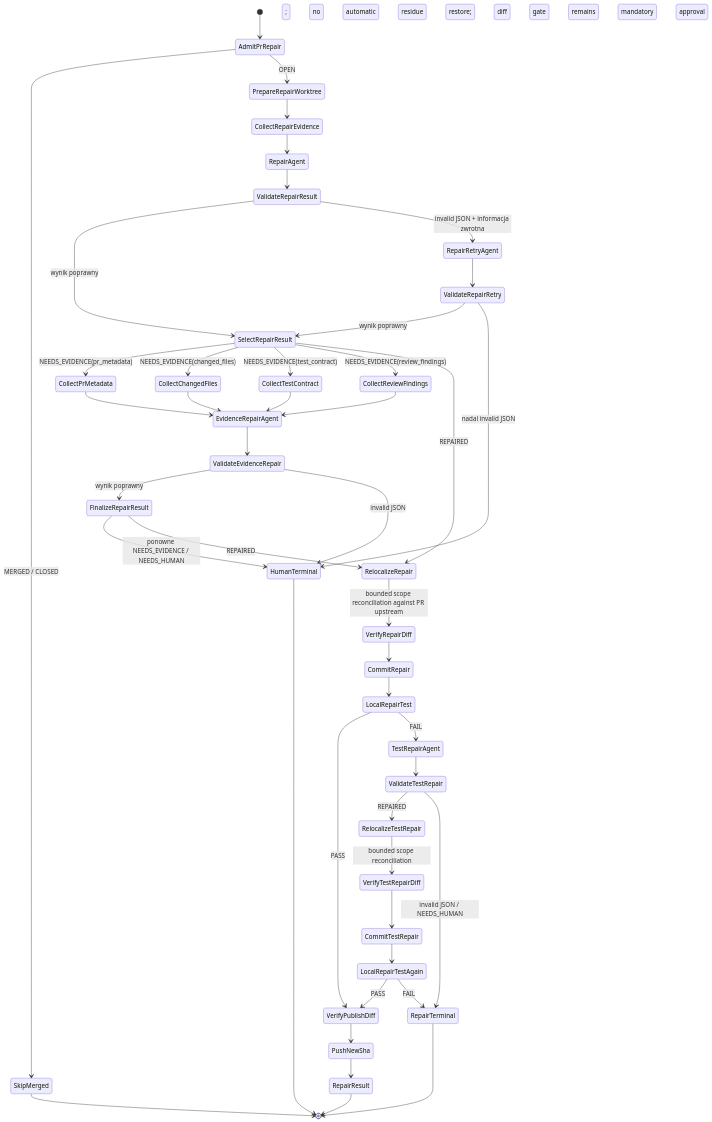
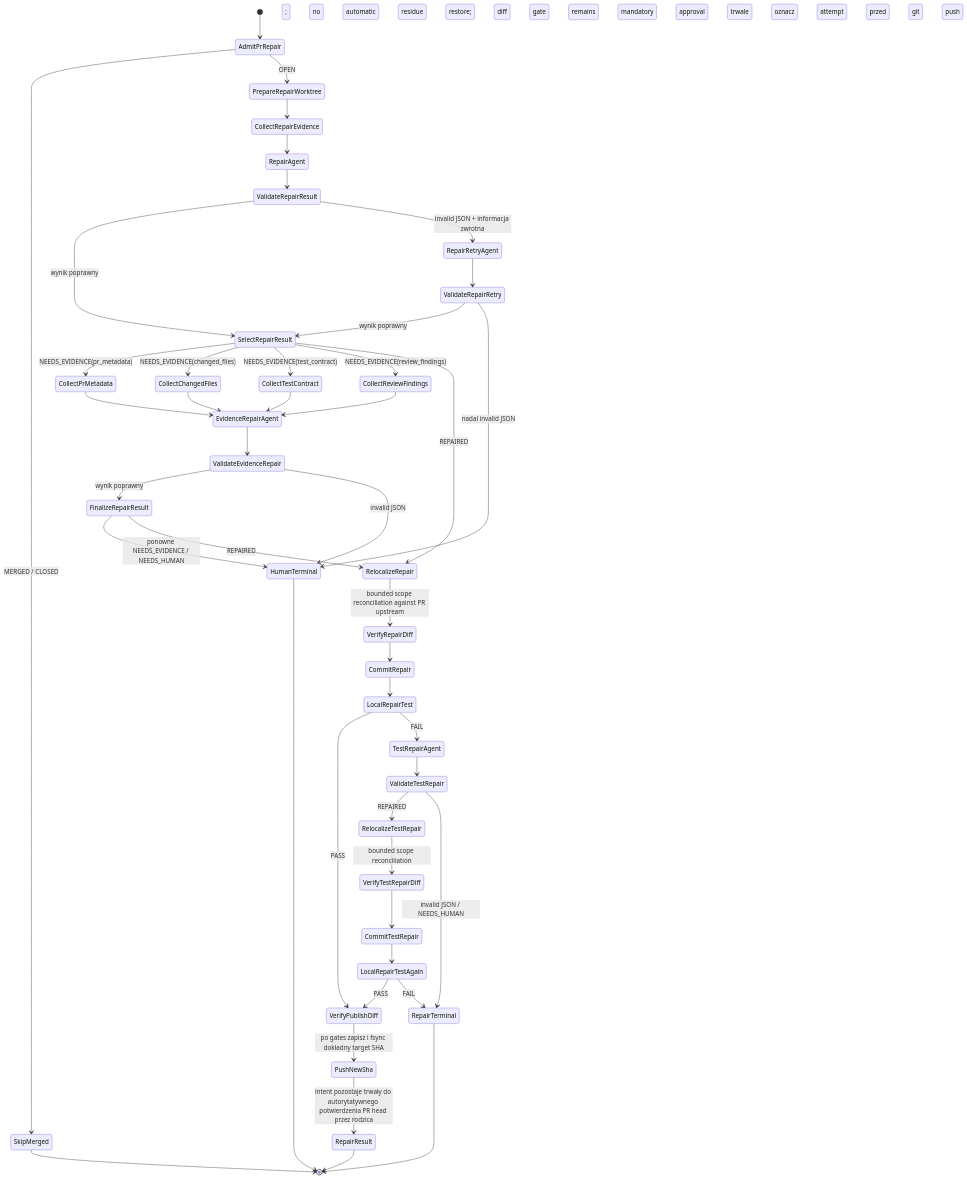
Before and after one commit to mikolaj92/lokay: diagram 44 of 45 in README.md, drawn with Mermaid. The commit also changed other lines of this file and 108 other files, not shown here.

Commit message:
Add isolated OpenCodeReview PR review flow

````diff
--- a/README.md
+++ b/README.md
@@ -1418,47 +1442,47 @@
 ```mermaid
 stateDiagram-v2
     [*] --> AdmitPrRepair
     AdmitPrRepair --> SkipMerged: MERGED / CLOSED
     SkipMerged --> [*]
     AdmitPrRepair --> PrepareRepairWorktree: OPEN
     PrepareRepairWorktree --> CollectRepairEvidence
     CollectRepairEvidence --> RepairAgent
     RepairAgent --> ValidateRepairResult
     ValidateRepairResult --> SelectRepairResult: wynik poprawny
     ValidateRepairResult --> RepairRetryAgent: invalid JSON + informacja zwrotna
     RepairRetryAgent --> ValidateRepairRetry
     ValidateRepairRetry --> SelectRepairResult: wynik poprawny
     ValidateRepairRetry --> HumanTerminal: nadal invalid JSON
     SelectRepairResult --> CollectPrMetadata: NEEDS_EVIDENCE(pr_metadata)
     SelectRepairResult --> CollectChangedFiles: NEEDS_EVIDENCE(changed_files)
     SelectRepairResult --> CollectTestContract: NEEDS_EVIDENCE(test_contract)
     SelectRepairResult --> CollectReviewFindings: NEEDS_EVIDENCE(review_findings)
     CollectPrMetadata --> EvidenceRepairAgent
     CollectChangedFiles --> EvidenceRepairAgent
     CollectTestContract --> EvidenceRepairAgent
     CollectReviewFindings --> EvidenceRepairAgent
     EvidenceRepairAgent --> ValidateEvidenceRepair
     ValidateEvidenceRepair --> FinalizeRepairResult: wynik poprawny
     ValidateEvidenceRepair --> HumanTerminal: invalid JSON
     FinalizeRepairResult --> HumanTerminal: ponowne NEEDS_EVIDENCE / NEEDS_HUMAN
     SelectRepairResult --> RelocalizeRepair: REPAIRED
     FinalizeRepairResult --> RelocalizeRepair: REPAIRED
     RelocalizeRepair --> VerifyRepairDiff: bounded scope reconciliation against PR upstream; no automatic residue restore; diff gate remains mandatory
     VerifyRepairDiff --> CommitRepair
     CommitRepair --> LocalRepairTest
     LocalRepairTest --> VerifyPublishDiff: PASS
     LocalRepairTest --> TestRepairAgent: FAIL
     TestRepairAgent --> ValidateTestRepair
     ValidateTestRepair --> RelocalizeTestRepair: REPAIRED
     RelocalizeTestRepair --> VerifyTestRepairDiff: bounded scope reconciliation; no automatic approval
     ValidateTestRepair --> RepairTerminal: invalid JSON / NEEDS_HUMAN
     VerifyTestRepairDiff --> CommitTestRepair
     CommitTestRepair --> LocalRepairTestAgain
     LocalRepairTestAgain --> VerifyPublishDiff: PASS
     LocalRepairTestAgain --> RepairTerminal: FAIL
-    VerifyPublishDiff --> PushNewSha
-    PushNewSha --> RepairResult
+    VerifyPublishDiff --> PushNewSha: po gates zapisz i fsync dokładny target SHA; trwale oznacz attempt przed git push
+    PushNewSha --> RepairResult: intent pozostaje trwały do autorytatywnego potwierdzenia PR head przez rodzica
     RepairResult --> [*]
     HumanTerminal --> [*]
     RepairTerminal --> [*]
 ```
````
